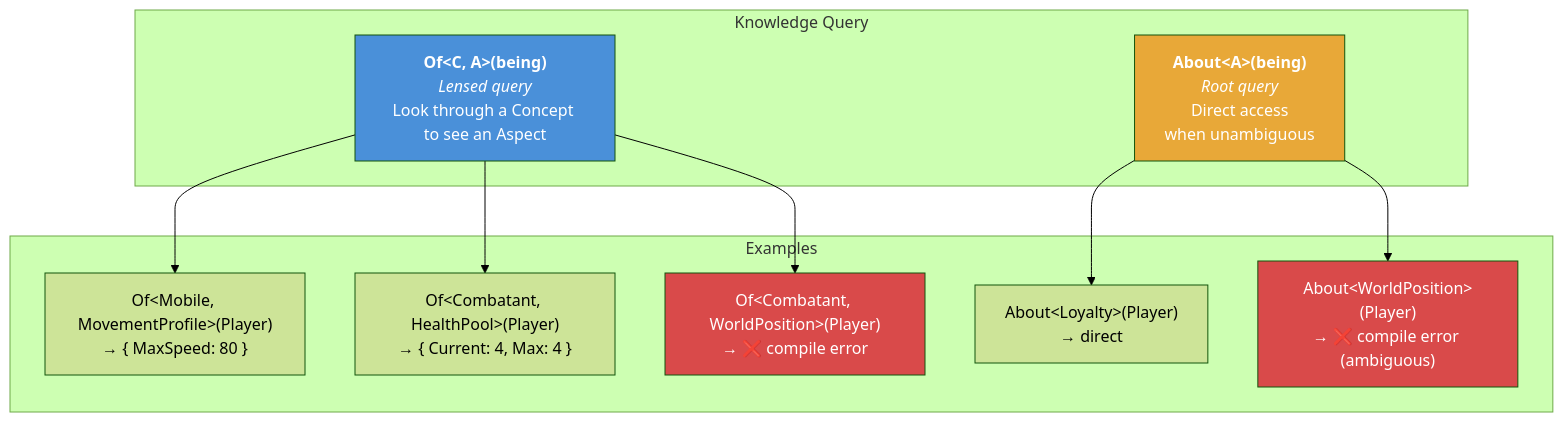
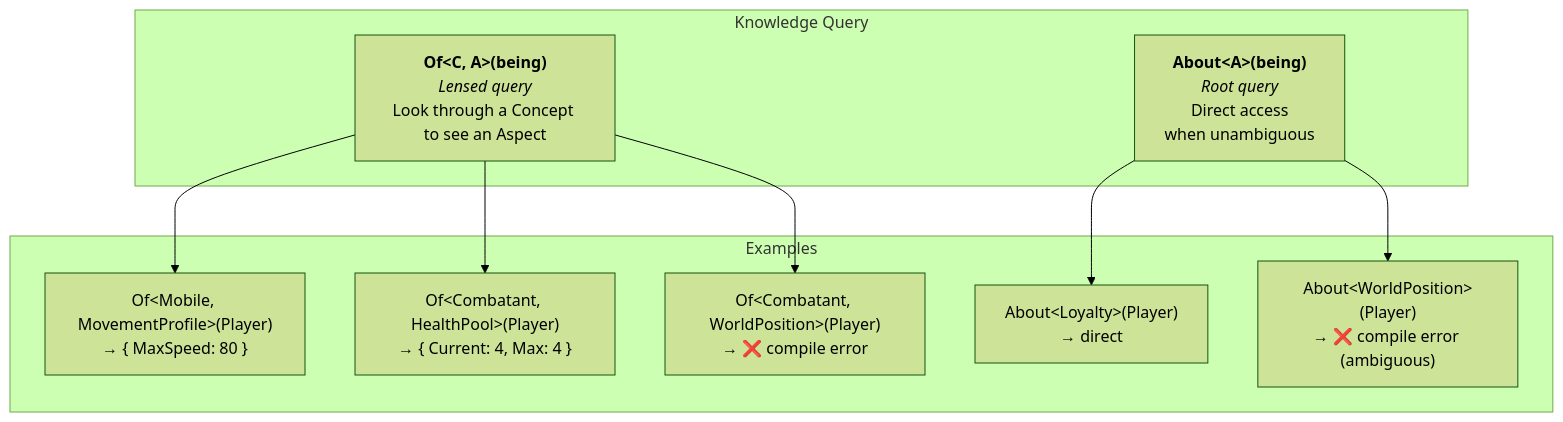
One commit to fm39hz/fm39hz-blogs changed the seventh of 21 diagrams in src/content/articles/another-way-to-engineer-a-game.md. Above: the diagram before and after it, drawn with Mermaid (forest theme). The commit also changed other lines of this file, not shown here.

````diff
--- a/src/content/articles/another-way-to-engineer-a-game.md
+++ b/src/content/articles/another-way-to-engineer-a-game.md
@@ -319,26 +304,21 @@
 ```mermaid
 flowchart TB
     subgraph Query["Knowledge Query"]
         OF["<b>Of&lt;C, A&gt;(being)</b><br/><i>Lensed query</i><br/>Look through a Concept to see an Aspect"]
         ABOUT["<b>About&lt;A&gt;(being)</b><br/><i>Root query</i><br/>Direct access<br/>when unambiguous"]
     end
 
     subgraph Example["Examples"]
         E1["Of&lt;Mobile, MovementProfile&gt;(Player)<br/>→ { MaxSpeed: 80 }"]
         E2["Of&lt;Combatant, HealthPool&gt;(Player)<br/>→ { Current: 4, Max: 4 }"]
         E3["About&lt;Loyalty&gt;(Player)<br/>→ direct"]
         E4["Of&lt;Combatant, WorldPosition&gt;(Player)<br/>→ ❌ compile error"]
         E5["About&lt;WorldPosition&gt;(Player)<br/>→ ❌ compile error (ambiguous)"]
     end
 
     OF --> E1
     OF --> E2
     OF --> E4
     ABOUT --> E3
     ABOUT --> E5
-
-    style OF fill:#4a90d9,color:#fff
-    style ABOUT fill:#e8a838,color:#fff
-    style E4 fill:#d94a4a,color:#fff
-    style E5 fill:#d94a4a,color:#fff
 ```
````
